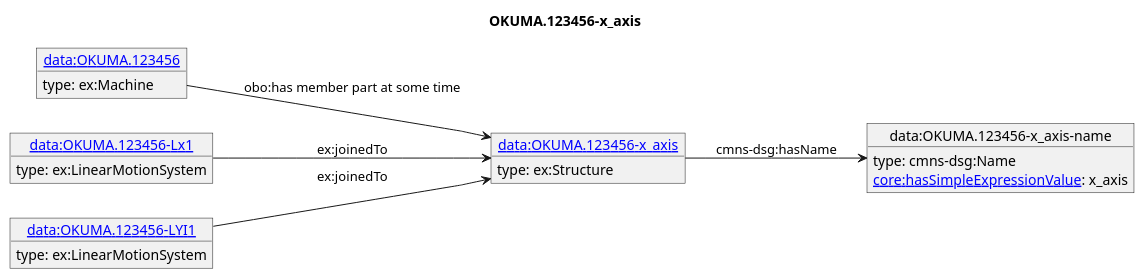
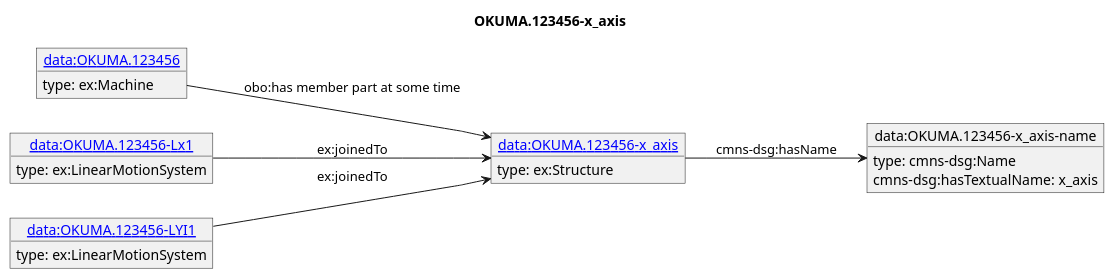
The diagram in diagrams/OKUMA.123456-x_axis.puml (iofoundry/example-syseng-mtconnect), drawn with PlantUML before and after one commit. The commit also changed 144 other files, not shown here.

Commit message:
Switched to omg commons hasTextualName since it does not require a value expression as the domain.

```diff
--- a/diagrams/OKUMA.123456-x_axis.puml
+++ b/diagrams/OKUMA.123456-x_axis.puml
@@ -1,25 +1,25 @@
 @startuml
 skinparam linetype polyline
 left to right direction
 title OKUMA.123456-x_axis
 object "[[./OKUMA.123456-x_axis.html data:OKUMA.123456-x_axis]]" as o1 {
  type: ex:Structure 
 }
 object "data:OKUMA.123456-x_axis-name" as o2 {
  type: cmns-dsg:Name 
 }
 object "[[./OKUMA.123456.html data:OKUMA.123456]]" as o3 {
  type: ex:Machine 
 }
 object "[[./OKUMA.123456-Lx1.html data:OKUMA.123456-Lx1]]" as o4 {
  type: ex:LinearMotionSystem 
 }
 object "[[./OKUMA.123456-LYI1.html data:OKUMA.123456-LYI1]]" as o5 {
  type: ex:LinearMotionSystem 
 }
 o1 --> o2 : cmns-dsg:hasName
-o2 : [[https://spec.industrialontologies.org/ontology/core/Core/hasSimpleExpressionValue core:hasSimpleExpressionValue]]: x_axis
+o2 : cmns-dsg:hasTextualName: x_axis
 o3 --> o1 : obo:has member part at some time
 o4 --> o1 : ex:joinedTo
 o5 --> o1 : ex:joinedTo
 @enduml
```
